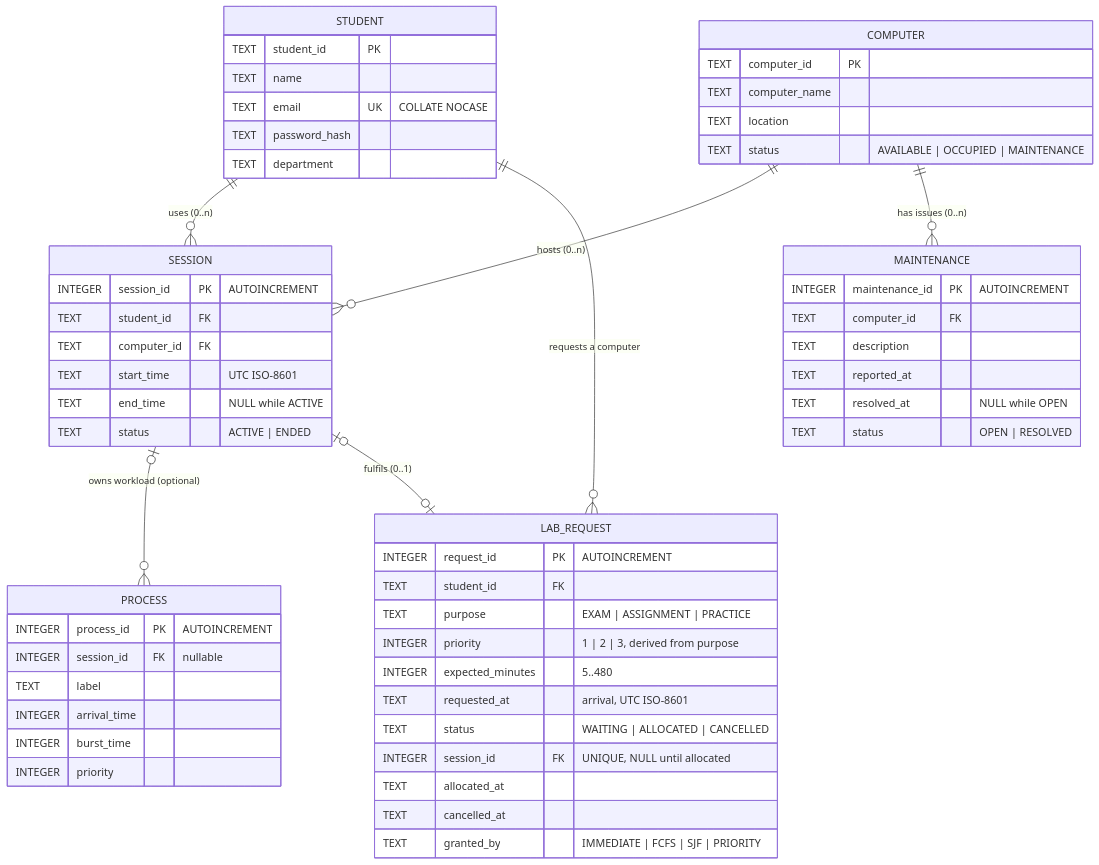
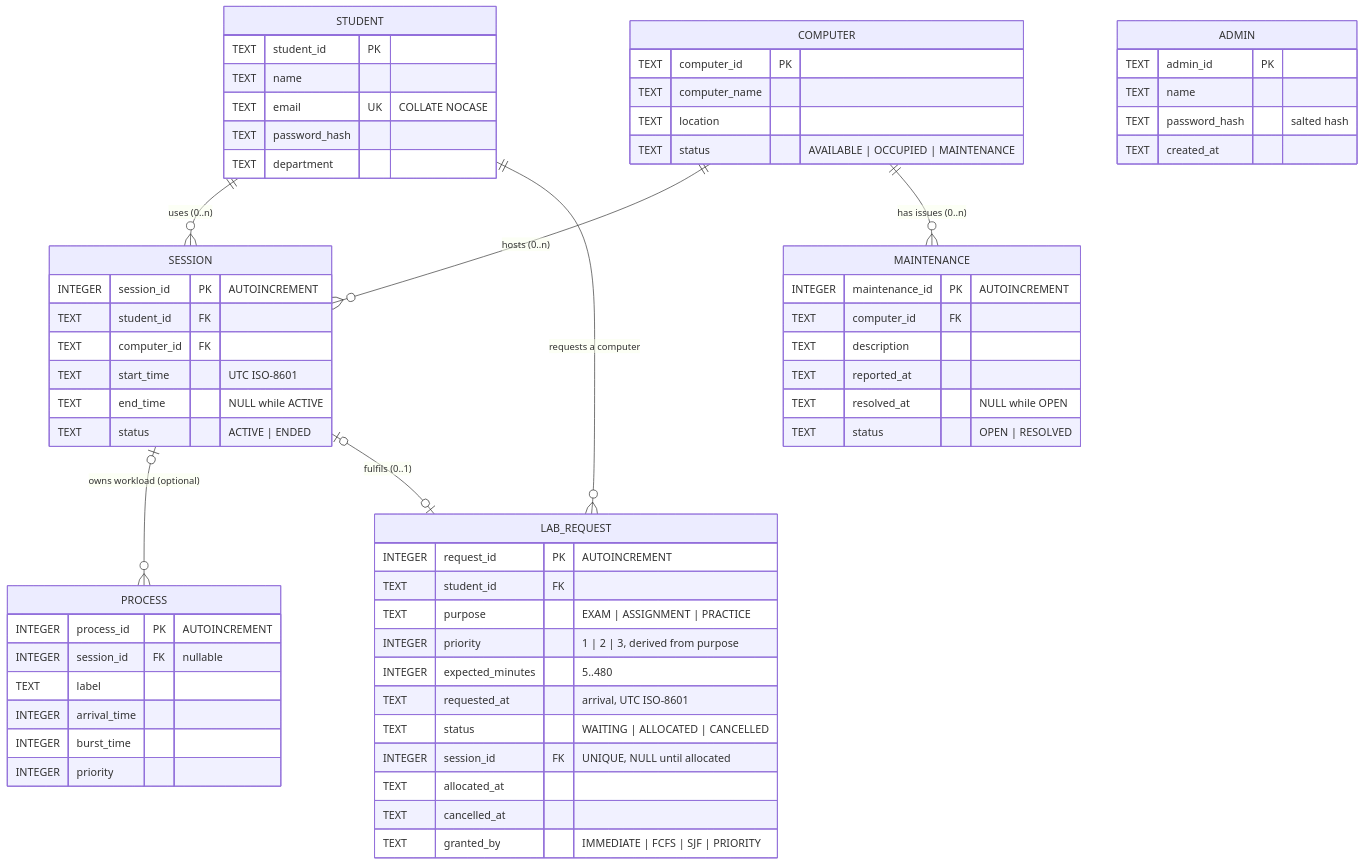
Before and after one commit to HarshitBora2006/LabDesk: the diagram in docs/SCHEMA.md, drawn with Mermaid. The commit also changed other lines of this file and 63 other files, not shown here.

````diff
--- a/docs/SCHEMA.md
+++ b/docs/SCHEMA.md
@@ -26,60 +31,66 @@
 ```mermaid
 erDiagram
     STUDENT  ||--o{ SESSION     : "uses (0..n)"
     COMPUTER ||--o{ SESSION     : "hosts (0..n)"
     COMPUTER ||--o{ MAINTENANCE : "has issues (0..n)"
     SESSION  |o--o{ PROCESS     : "owns workload (optional)"
     STUDENT  ||--o{ LAB_REQUEST : "requests a computer"
     SESSION  |o--o| LAB_REQUEST : "fulfils (0..1)"
 
     STUDENT {
         TEXT student_id PK
         TEXT name
         TEXT email UK "COLLATE NOCASE"
         TEXT password_hash
         TEXT department
     }
     COMPUTER {
         TEXT computer_id PK
         TEXT computer_name
         TEXT location
         TEXT status "AVAILABLE | OCCUPIED | MAINTENANCE"
     }
     SESSION {
         INTEGER session_id PK "AUTOINCREMENT"
         TEXT student_id FK
         TEXT computer_id FK
         TEXT start_time "UTC ISO-8601"
         TEXT end_time "NULL while ACTIVE"
         TEXT status "ACTIVE | ENDED"
     }
     MAINTENANCE {
         INTEGER maintenance_id PK "AUTOINCREMENT"
         TEXT computer_id FK
         TEXT description
         TEXT reported_at
         TEXT resolved_at "NULL while OPEN"
         TEXT status "OPEN | RESOLVED"
     }
+    ADMIN {
+        TEXT admin_id PK
+        TEXT name
+        TEXT password_hash "salted hash"
+        TEXT created_at
+    }
     LAB_REQUEST {
         INTEGER request_id PK "AUTOINCREMENT"
         TEXT student_id FK
         TEXT purpose "EXAM | ASSIGNMENT | PRACTICE"
         INTEGER priority "1 | 2 | 3, derived from purpose"
         INTEGER expected_minutes "5..480"
         TEXT requested_at "arrival, UTC ISO-8601"
         TEXT status "WAITING | ALLOCATED | CANCELLED"
         INTEGER session_id FK "UNIQUE, NULL until allocated"
         TEXT allocated_at
         TEXT cancelled_at
         TEXT granted_by "IMMEDIATE | FCFS | SJF | PRIORITY"
     }
     PROCESS {
         INTEGER process_id PK "AUTOINCREMENT"
         INTEGER session_id FK "nullable"
         TEXT label
         INTEGER arrival_time
         INTEGER burst_time
         INTEGER priority
     }
 ```
````
